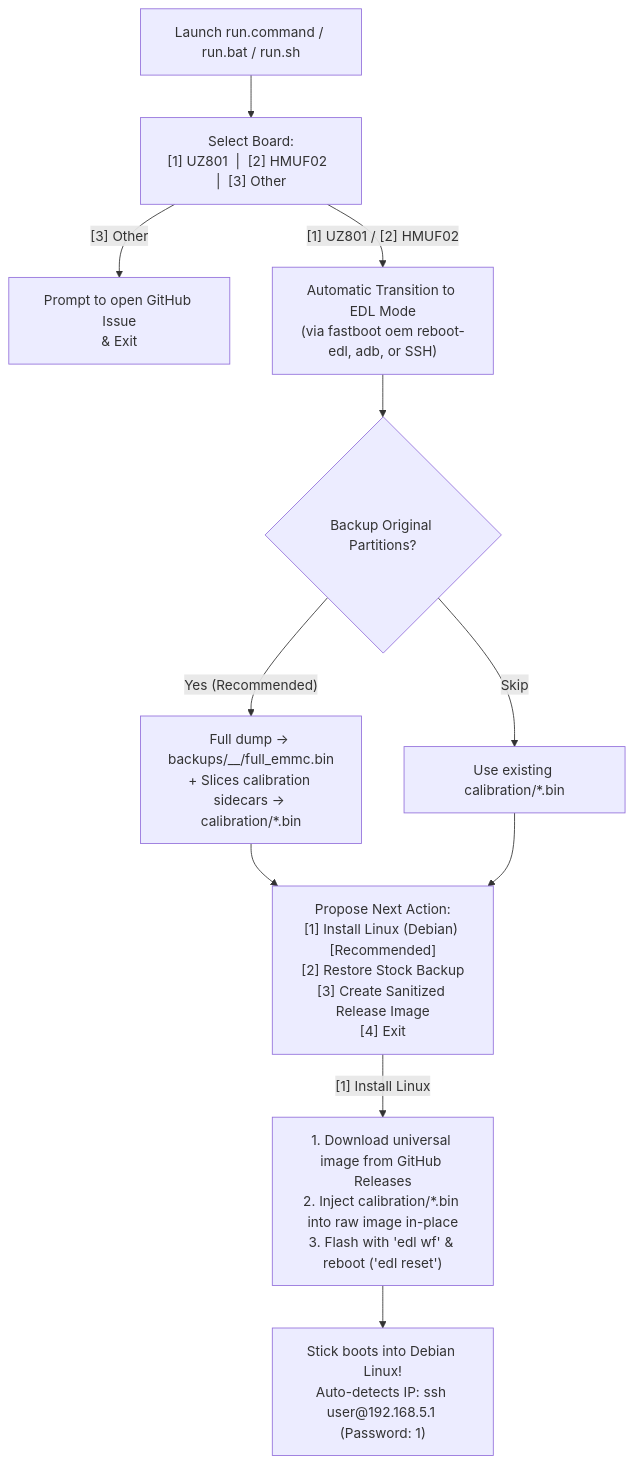
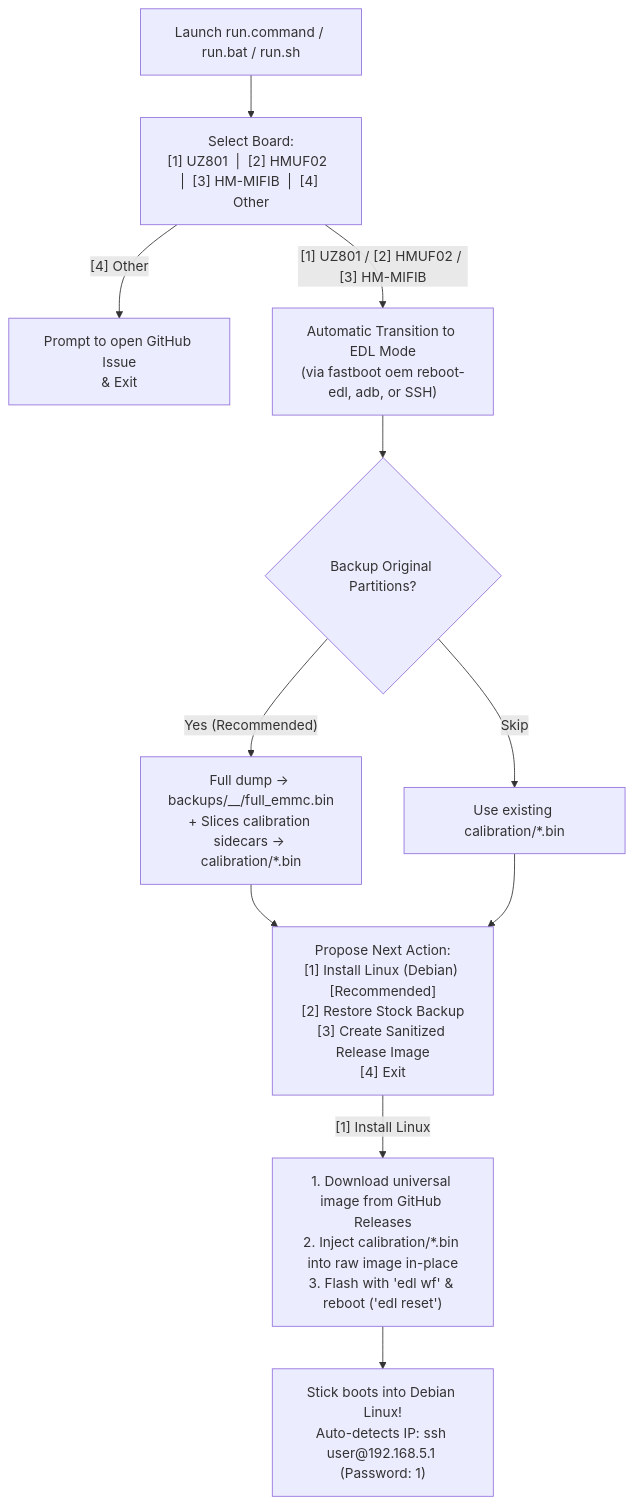
The diagram in README.md (Basistiy/openstick-installer), drawn with Mermaid before and after one commit. The commit also changed other lines of this file and 12 other files, not shown here.

````diff
--- a/README.md
+++ b/README.md
@@ -71,13 +72,13 @@
 ```mermaid
 flowchart TD
-    A["Launch run.command / run.bat / run.sh"] --> B["Select Board:\n[1] UZ801  |  [2] HMUF02  |  [3] Other"]
-    B -->|"[3] Other"| C["Prompt to open GitHub Issue\n& Exit"]
-    B -->|"[1] UZ801 / [2] HMUF02"| D["Automatic Transition to EDL Mode\n(via fastboot oem reboot-edl, adb, or SSH)"]
+    A["Launch run.command / run.bat / run.sh"] --> B["Select Board:\n[1] UZ801  |  [2] HMUF02  |  [3] HM-MIFIB  |  [4] Other"]
+    B -->|"[4] Other"| C["Prompt to open GitHub Issue\n& Exit"]
+    B -->|"[1] UZ801 / [2] HMUF02 / [3] HM-MIFIB"| D["Automatic Transition to EDL Mode\n(via fastboot oem reboot-edl, adb, or SSH)"]
     D --> E{"Backup Original Partitions?"}
     E -->|"Yes (Recommended)"| F["Full dump -> backups/<board>_<ts>_<imei>/full_emmc.bin\n+ Slices calibration sidecars -> calibration/*.bin"]
     E -->|"Skip"| G["Use existing calibration/*.bin"]
     F --> H["Propose Next Action:\n[1] Install Linux (Debian) [Recommended]\n[2] Restore Stock Backup\n[3] Create Sanitized Release Image\n[4] Exit"]
     G --> H
     H -->|"[1] Install Linux"| I["1. Download universal image from GitHub Releases\n2. Inject calibration/*.bin into raw image in-place\n3. Flash with 'edl wf' & reboot ('edl reset')"]
     I --> J["Stick boots into Debian Linux!\nAuto-detects IP: ssh user@192.168.5.1 (Password: 1)"]
 ```
````
